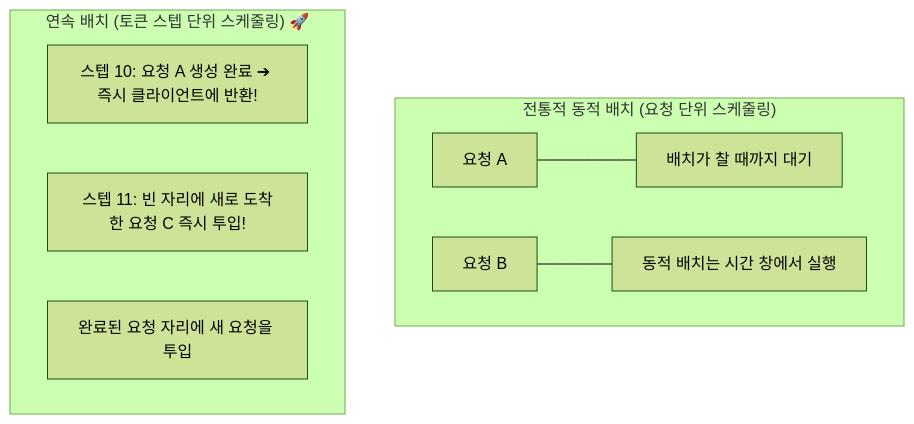
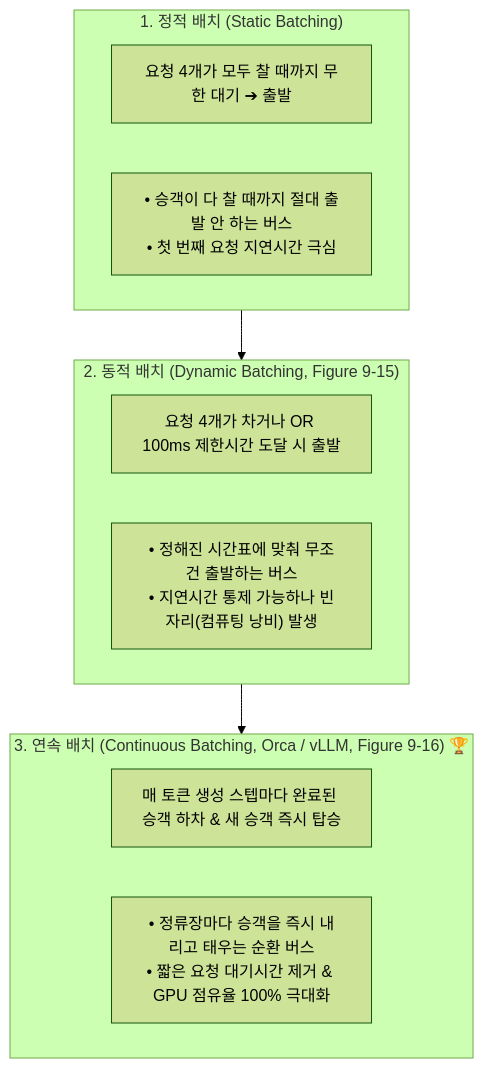
One commit to sing-u8/AI-Engineering changed the fourth of 4 diagrams in chapter-qa/ch09-inference-optimization-qa/02-kv-cache-flashattention-and-batching.md. Above: the diagram before and after it, drawn with Mermaid (forest theme). The commit also changed other lines of this file and 15 other files, not shown here.

````diff
--- a/chapter-qa/ch09-inference-optimization-qa/02-kv-cache-flashattention-and-batching.md
+++ b/chapter-qa/ch09-inference-optimization-qa/02-kv-cache-flashattention-and-batching.md
@@ -150,13 +297,19 @@
 ```mermaid
 flowchart TD
-    subgraph Traditional["전통적 동적 배치 (요청 단위 스케줄링)"]
-        ReqA["요청 A"] --- Wait["배치가 찰 때까지 대기"]
-        ReqB["요청 B"] --- End["동적 배치는 시간 창에서 실행"]
+    subgraph Static["1. 정적 배치 (Static Batching)"]
+        S1["요청 4개가 모두 찰 때까지 무한 대기 ➔ 출발"]
+        S2["• 승객이 다 찰 때까지 절대 출발 안 하는 버스\n• 첫 번째 요청 지연시간 극심"]
     end
 
-    subgraph Continuous["연속 배치 (토큰 스텝 단위 스케줄링) 🚀"]
-        Step1["스텝 10: 요청 A 생성 완료 ➔ 즉시 클라이언트에 반환!"]
-        Step2["스텝 11: 빈 자리에 새로 도착한 요청 C 즉시 투입!"]
-        Step3["완료된 요청 자리에 새 요청을 투입"]
+    subgraph Dynamic["2. 동적 배치 (Dynamic Batching, Figure 9-15)"]
+        D1["요청 4개가 차거나 OR 100ms 제한시간 도달 시 출발"]
+        D2["• 정해진 시간표에 맞춰 무조건 출발하는 버스\n• 지연시간 통제 가능하나 빈자리(컴퓨팅 낭비) 발생"]
     end
+
+    subgraph Continuous["3. 연속 배치 (Continuous Batching, Orca / vLLM, Figure 9-16) 🏆"]
+        C1["매 토큰 생성 스텝마다 완료된 승객 하차 & 새 승객 즉시 탑승"]
+        C2["• 정류장마다 승객을 즉시 내리고 태우는 순환 버스\n• 짧은 요청 대기시간 제거 & GPU 점유율 100% 극대화"]
+    end
+
+    Static --> Dynamic --> Continuous
 ```
````
